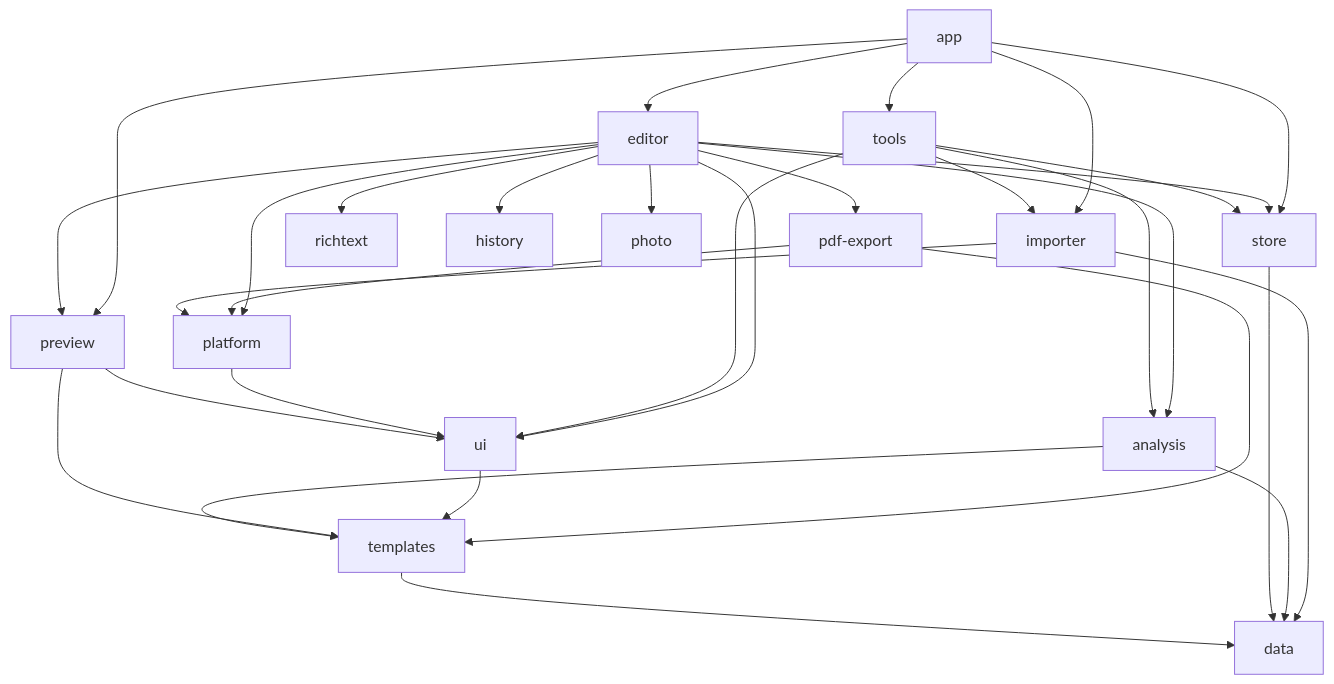
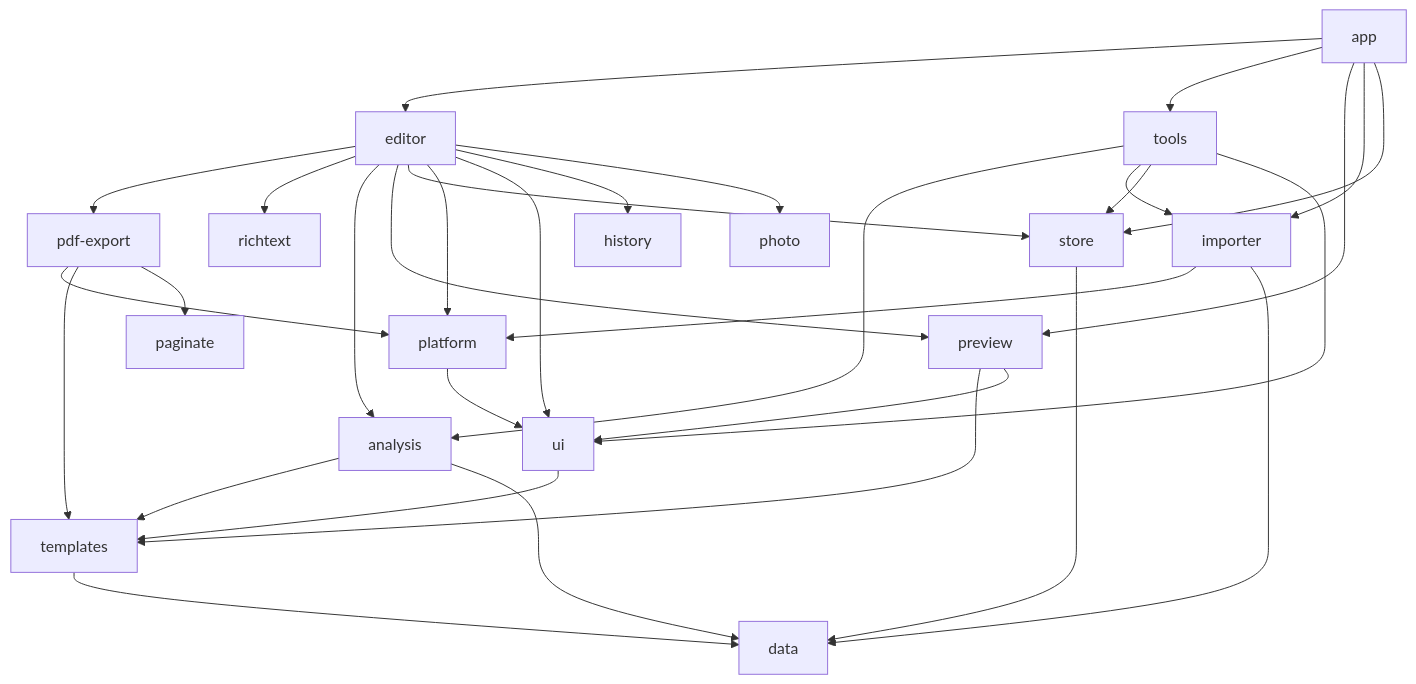
Before and after one commit to GopiKrishnaGummadidala/resume-builder: the second of 2 diagrams in docs/architecture.md, drawn with Mermaid. The commit also changed other lines of this file and 11 other files, not shown here.

````diff
--- a/docs/architecture.md
+++ b/docs/architecture.md
@@ -63,14 +64,14 @@
 ```mermaid
 flowchart TD
     app --> editor & tools & preview & importer & store
     editor --> pdfexport[pdf-export] & richtext & analysis & preview & store & platform & ui & history & photo
     tools --> analysis & importer & store & ui
-    pdfexport --> platform & templates
+    pdfexport --> platform & templates & paginate
     importer --> platform & data
     platform --> ui
     ui --> templates
     preview --> templates & ui
     analysis --> templates & data
     store --> data
     templates --> data
 ```
````
